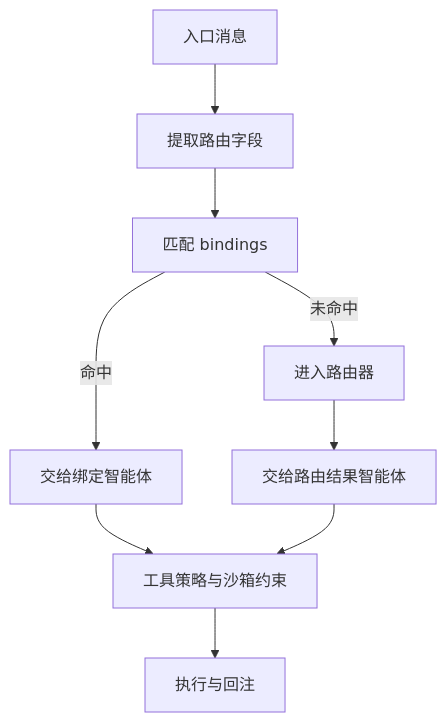
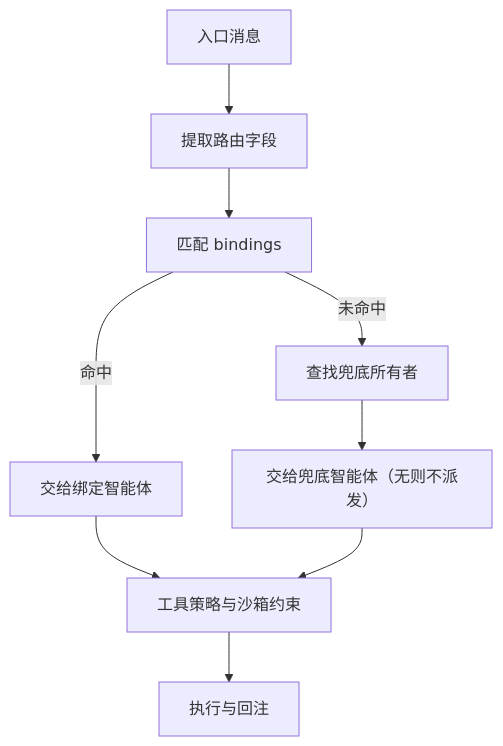
One commit to yeasy/openclaw_guide changed the diagram in 07_multi_agent/7.3_routing_basics.md. Above: the diagram before and after it, drawn with Mermaid. The commit also changed other lines of this file and 50 other files, not shown here.

````diff
--- a/07_multi_agent/7.3_routing_basics.md
+++ b/07_multi_agent/7.3_routing_basics.md
@@ -20,11 +20,11 @@
 ```mermaid
 flowchart TD
   inb["入口消息"] --> ctx["提取路由字段"]
   ctx --> bind["匹配 bindings"]
   bind -->|"命中"| a1["交给绑定智能体"]
-  bind -->|"未命中"| rtr["进入路由器"]
-  rtr --> a2["交给路由结果智能体"]
+  bind -->|"未命中"| rtr["查找兜底所有者"]
+  rtr --> a2["交给兜底智能体（无则不派发）"]
   a1 --> pol["工具策略与沙箱约束"]
   a2 --> pol
   pol --> run["执行与回注"]
 ```
````
